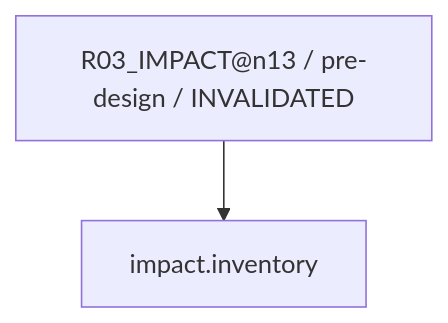
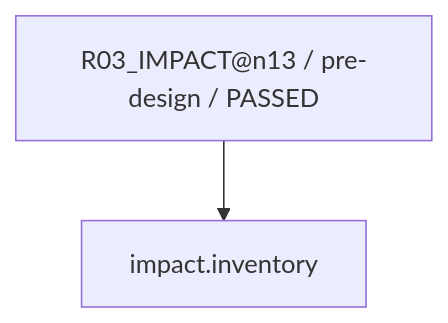
One commit to rrikunagasige-dot/kyotsu-step-web changed the third of 28 diagrams in work/items/W-MATH-048-n1314-source-audit/generated/CAPABILITY_FIRE_DIAGRAM.md. Above: the diagram before and after it, drawn with Mermaid. The commit also changed other lines of this file and 29 other files, not shown here.

````diff
--- a/work/items/W-MATH-048-n1314-source-audit/generated/CAPABILITY_FIRE_DIAGRAM.md
+++ b/work/items/W-MATH-048-n1314-source-audit/generated/CAPABILITY_FIRE_DIAGRAM.md
@@ -43,6 +43,6 @@
 ```mermaid
 flowchart TD
-  N0["R03_IMPACT@n13 / pre-design / INVALIDATED"]
+  N0["R03_IMPACT@n13 / pre-design / PASSED"]
   N1["impact.inventory"]
   N0 --> N1
 ```
````
